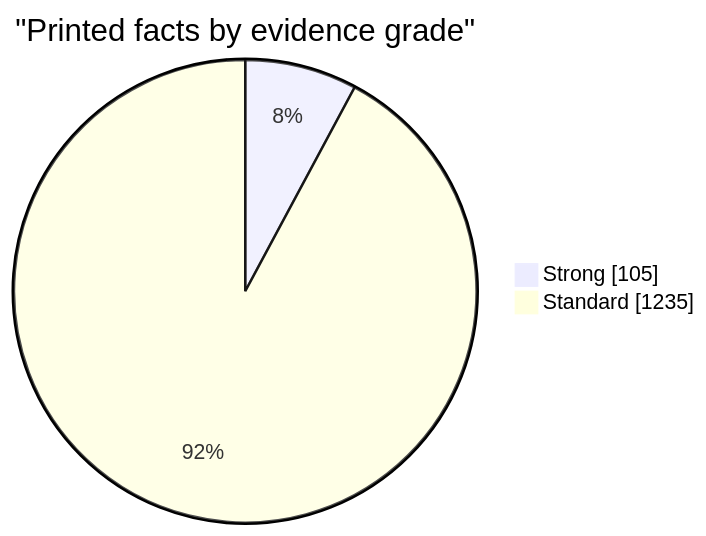
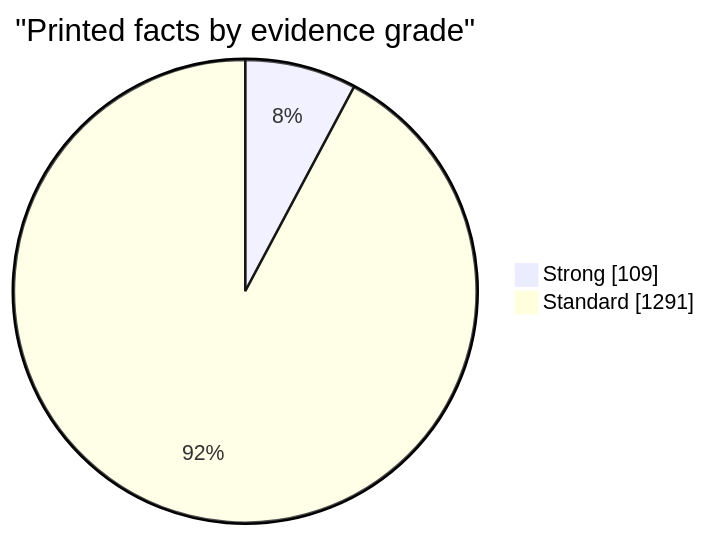
The first of 5 diagrams in docs/evidence.md (EU27-data-sovereignty/eu27-data-sovereignty), drawn with Mermaid before and after one commit. The commit also changed other lines of this file and 77 other files, not shown here.

````diff
--- a/docs/evidence.md
+++ b/docs/evidence.md
@@ -18,6 +18,6 @@
 ```mermaid
 pie showData
   title "Printed facts by evidence grade"
-  "Strong" : 105
-  "Standard" : 1235
+  "Strong" : 109
+  "Standard" : 1291
 ```
````
